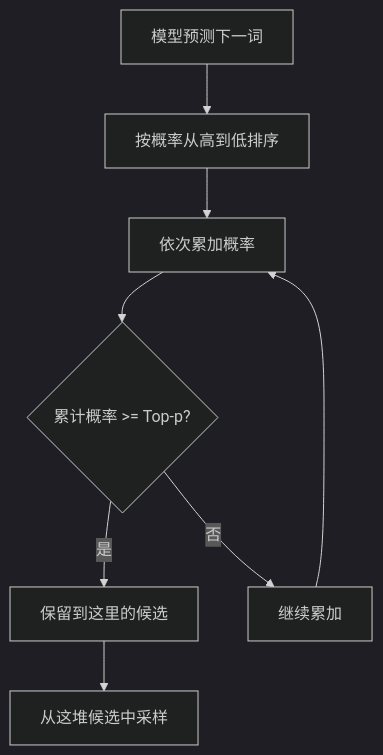
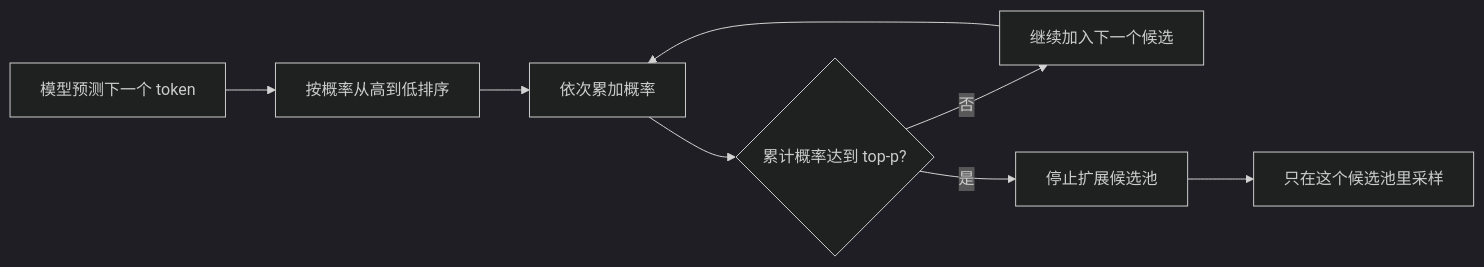
One commit to Unclecheng-li/Hello-AI changed the fourth of 5 diagrams in docs/basics/temperature-sampling.md. Above: the diagram before and after it, drawn with Mermaid (dark theme). The commit also changed other lines of this file and 33 other files, not shown here.

````diff
--- a/docs/basics/temperature-sampling.md
+++ b/docs/basics/temperature-sampling.md
@@ -108,10 +259,10 @@
-```mermaid
-flowchart TD
-    A[模型预测下一词] --> B[按概率从高到低排序]
+~~~mermaid
+flowchart LR
+    A[模型预测下一个 token] --> B[按概率从高到低排序]
     B --> C[依次累加概率]
-    C --> D{累计概率 >= Top-p?}
-    D -->|是| E[保留到这里的候选]
-    D -->|否| F[继续累加]
-    F --> C
-    E --> G[从这堆候选中采样]
-```
+    C --> D{累计概率达到 top-p?}
+    D -->|否| E[继续加入下一个候选]
+    E --> C
+    D -->|是| F[停止扩展候选池]
+    F --> G[只在这个候选池里采样]
+~~~
````
